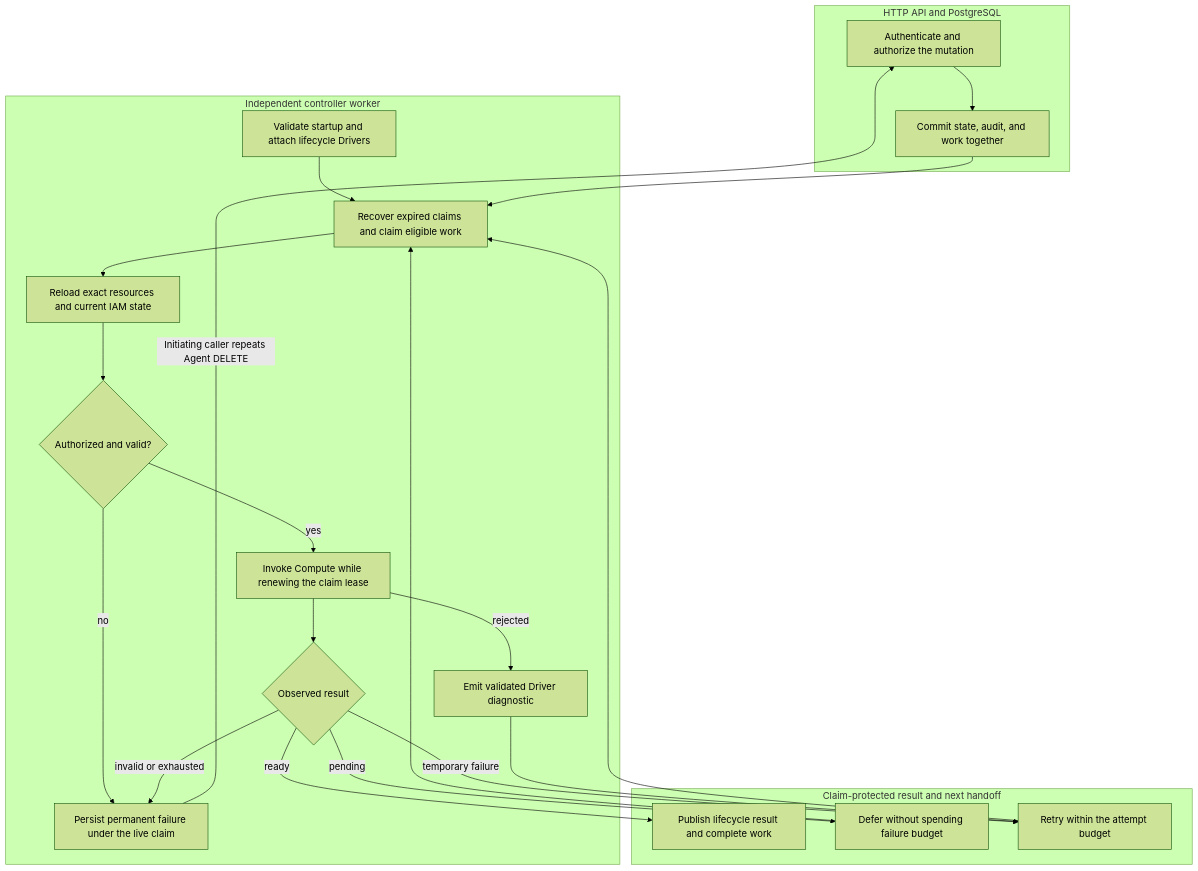
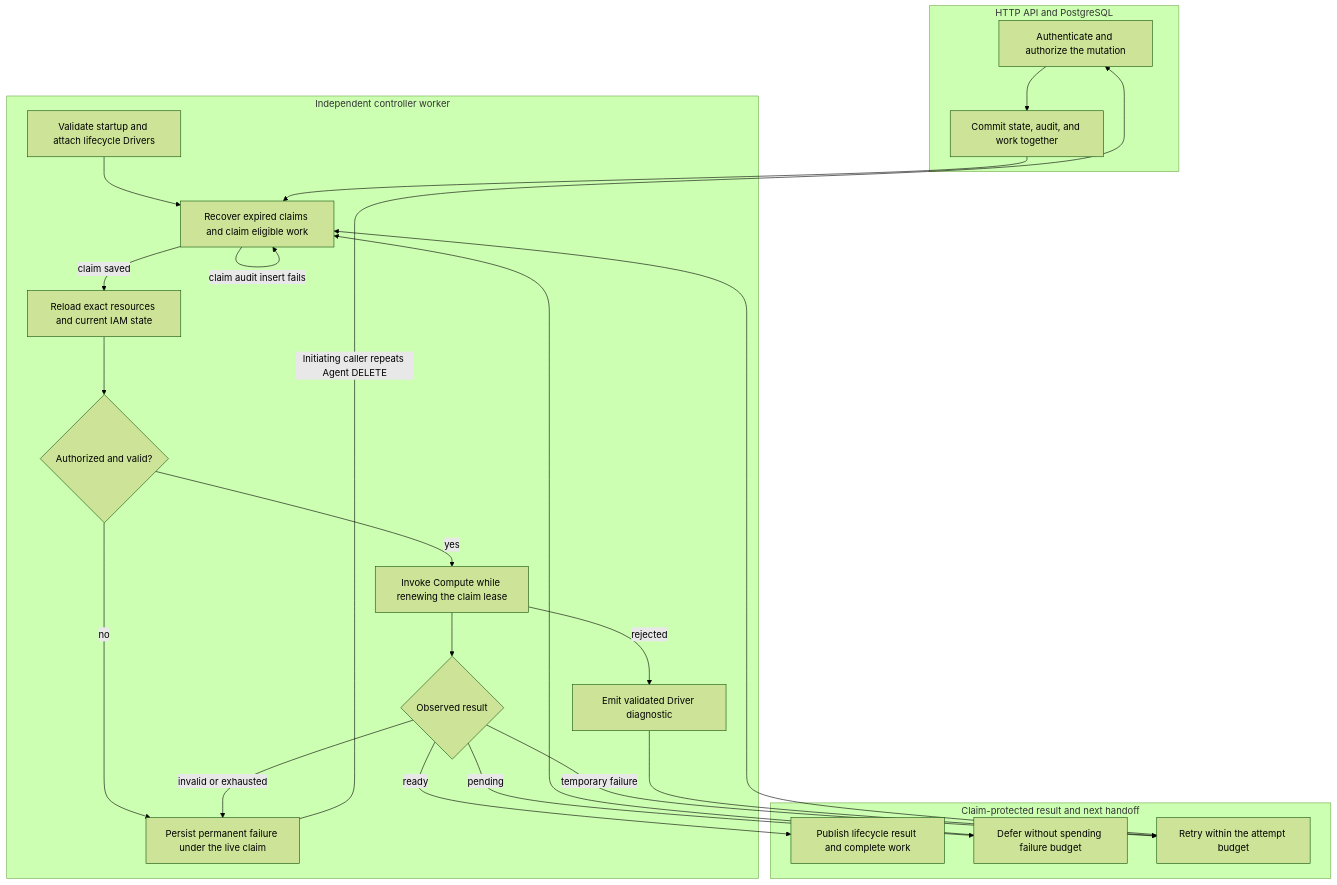
One commit to openclaw/openclaw-enterprise changed the diagram in docs/flows/controller-worker.md. Above: the diagram before and after it, drawn with Mermaid (forest theme). The commit also changed other lines of this file and 67 other files, not shown here.

````diff
--- a/docs/flows/controller-worker.md
+++ b/docs/flows/controller-worker.md
@@ -29,26 +29,27 @@
 ```mermaid
 graph TD
     subgraph Admission["HTTP API and PostgreSQL"]
         A["Authenticate and authorize the mutation"] --> B["Commit state, audit, and work together"]
     end
     subgraph Worker["Independent controller worker"]
         C["Validate startup and attach lifecycle Drivers"] --> D["Recover expired claims and claim eligible work"]
         B --> D
-        D --> E["Reload exact resources and current IAM state"]
+        D -->|claim saved| E["Reload exact resources and current IAM state"]
+        D -->|claim audit insert fails| D
         E --> F{"Authorized and valid?"}
         F -->|yes| G["Invoke Compute while renewing the claim lease"]
         F -->|no| H["Persist permanent failure under the live claim"]
         G --> I{"Observed result"}
         G -->|rejected| R["Emit validated Driver diagnostic"]
     end
     subgraph Outcome["Claim-protected result and next handoff"]
         I -->|ready| J["Publish lifecycle result and complete work"]
         I -->|pending| K["Defer without spending failure budget"]
         I -->|temporary failure| L["Retry within the attempt budget"]
         R --> L
         I -->|invalid or exhausted| H
         K --> D
         L --> D
         H -->|"Initiating caller repeats Agent DELETE"| A
     end
 ```
````
